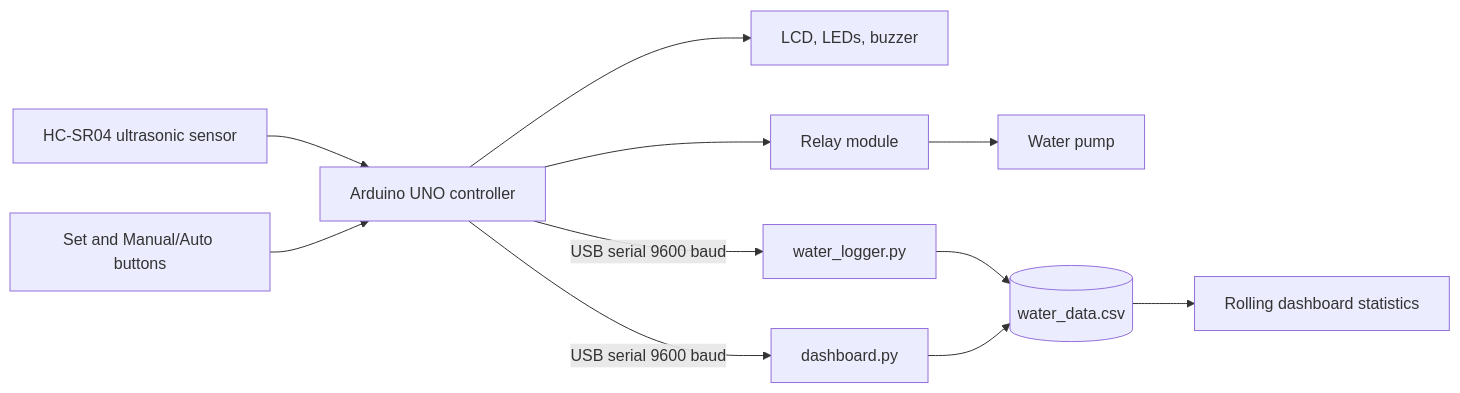
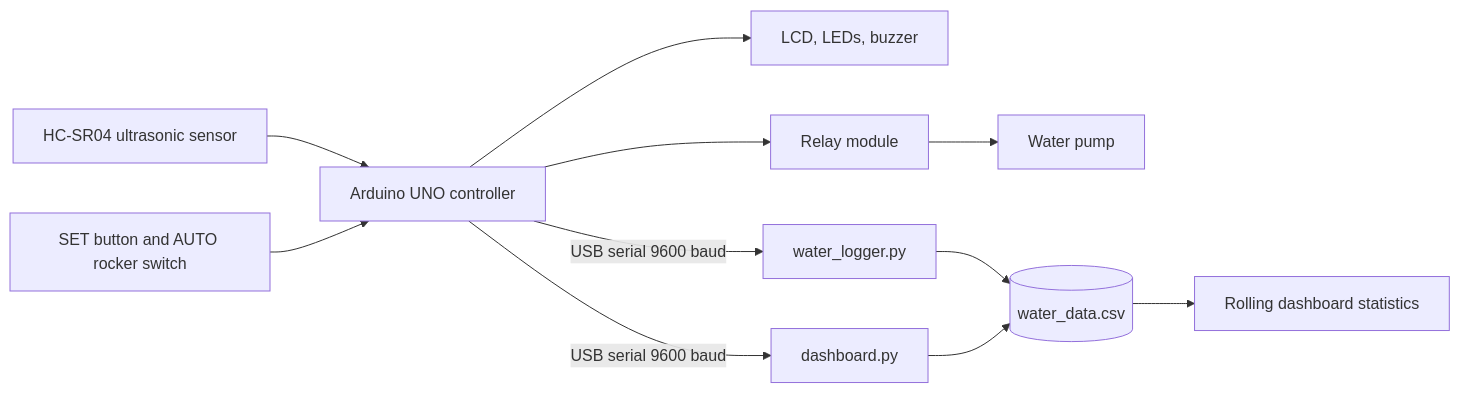
Before and after one commit to Rupakrc9776/Smart-home-Water-Tank-Monitoring-and-Automatic-Control-System-with-Statistical-Analysis-: the diagram in README.md, drawn with Mermaid. The commit also changed other lines of this file and 3 other files, not shown here.

Commit message:
Upgrade dashboard with AUTO switch, serial sync, and firmware updates

````diff
--- a/README.md
+++ b/README.md
@@ -95,13 +96,13 @@
 ```mermaid
 flowchart LR
     Sensor[HC-SR04 ultrasonic sensor] --> Arduino[Arduino UNO controller]
-    Buttons[Set and Manual/Auto buttons] --> Arduino
+    Controls[SET button and AUTO rocker switch] --> Arduino
     Arduino --> Indicators[LCD, LEDs, buzzer]
     Arduino --> Relay[Relay module]
     Relay --> Pump[Water pump]
     Arduino -- USB serial 9600 baud --> Logger[water_logger.py]
     Arduino -- USB serial 9600 baud --> Dashboard[dashboard.py]
     Logger --> CSV[(water_data.csv)]
     Dashboard --> CSV
     CSV --> Analysis[Rolling dashboard statistics]
 ```
````
